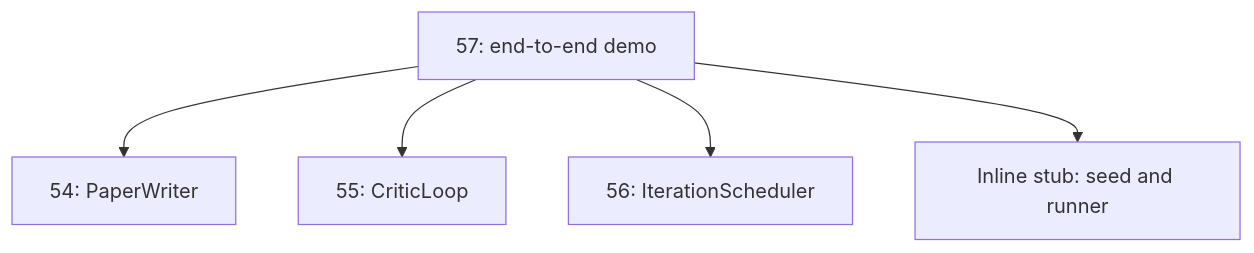
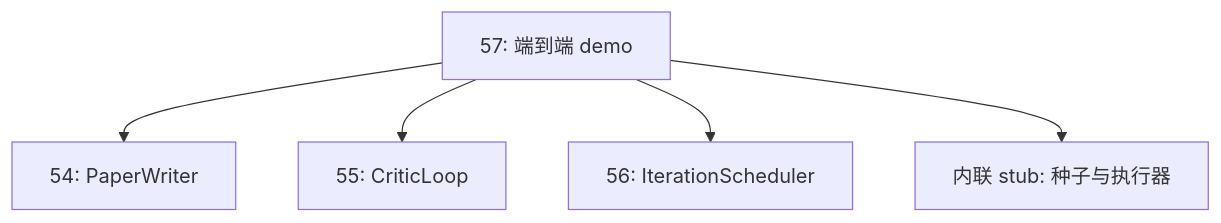
One commit to alessandrodinisio-ai/ai-engineering-learning-framework changed the second of 3 diagrams in phases/19-capstone-projects/57-end-to-end-research-demo/docs/zh.md. Above: the diagram before and after it, drawn with Mermaid. The commit also changed other lines of this file and 120 other files, not shown here.

First line of the commit message:
i18n(mermaid): 337 个 mermaid 图表标签中文化

````diff
--- a/phases/19-capstone-projects/57-end-to-end-research-demo/docs/zh.md
+++ b/phases/19-capstone-projects/57-end-to-end-research-demo/docs/zh.md
@@ -39,7 +39,7 @@
 ```mermaid
 flowchart TB
-    Demo[57: end-to-end demo] --> A[54: PaperWriter]
+    Demo[57: 端到端 demo] --> A[54: PaperWriter]
     Demo --> B[55: CriticLoop]
     Demo --> C[56: IterationScheduler]
-    Demo --> Inline[Inline stub: seed and runner]
+    Demo --> Inline[内联 stub: 种子与执行器]
 ```
````
